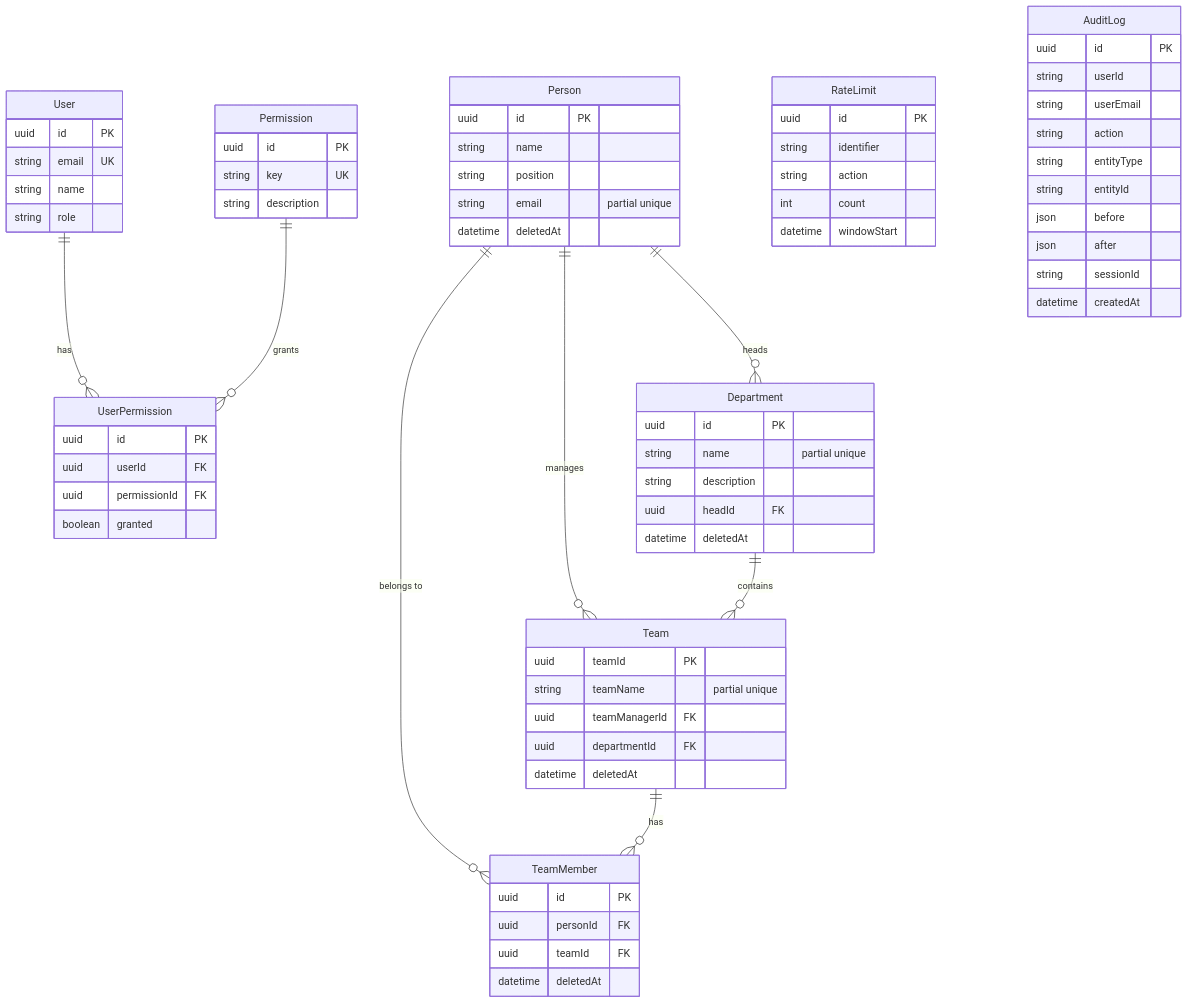
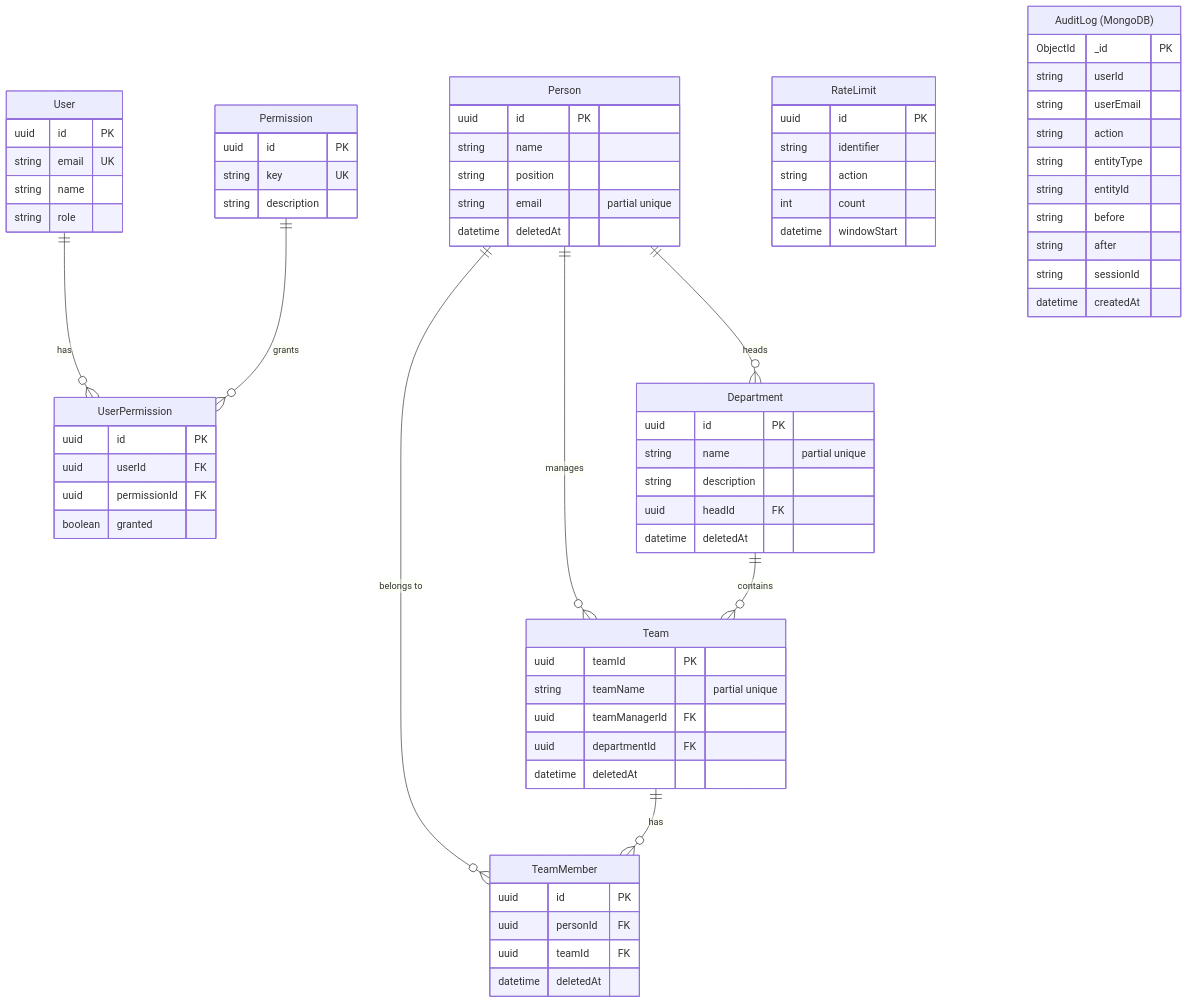
Before and after one commit to MikkoNumminen/HRManager: the second of 5 diagrams in docs/architecture.md, drawn with Mermaid. The commit also changed other lines of this file and 3 other files, not shown here.

First line of the commit message:
docs: update README, CLAUDE.md, and architecture for MongoDB polyglot persistence

````diff
--- a/docs/architecture.md
+++ b/docs/architecture.md
@@ -24,82 +25,82 @@
 ```mermaid
 erDiagram
     Person ||--o{ TeamMember : "belongs to"
     Team ||--o{ TeamMember : "has"
     Person ||--o{ Team : "manages"
     Person ||--o{ Department : "heads"
     Department ||--o{ Team : "contains"
     User ||--o{ UserPermission : "has"
     Permission ||--o{ UserPermission : "grants"
 
     Person {
         uuid id PK
         string name
         string position
         string email "partial unique"
         datetime deletedAt
     }
 
     Team {
         uuid teamId PK
         string teamName "partial unique"
         uuid teamManagerId FK
         uuid departmentId FK
         datetime deletedAt
     }
 
     Department {
         uuid id PK
         string name "partial unique"
         string description
         uuid headId FK
         datetime deletedAt
     }
 
     TeamMember {
         uuid id PK
         uuid personId FK
         uuid teamId FK
         datetime deletedAt
     }
 
     RateLimit {
         uuid id PK
         string identifier
         string action
         int count
         datetime windowStart
     }
 
     User {
         uuid id PK
         string email UK
         string name
         string role
     }
 
     Permission {
         uuid id PK
         string key UK
         string description
     }
 
     UserPermission {
         uuid id PK
         uuid userId FK
         uuid permissionId FK
         boolean granted
     }
 
-    AuditLog {
-        uuid id PK
+    AuditLog["AuditLog (MongoDB)"] {
+        ObjectId _id PK
         string userId
         string userEmail
         string action
         string entityType
         string entityId
-        json before
-        json after
+        string before
+        string after
         string sessionId
         datetime createdAt
     }
 ```
````
